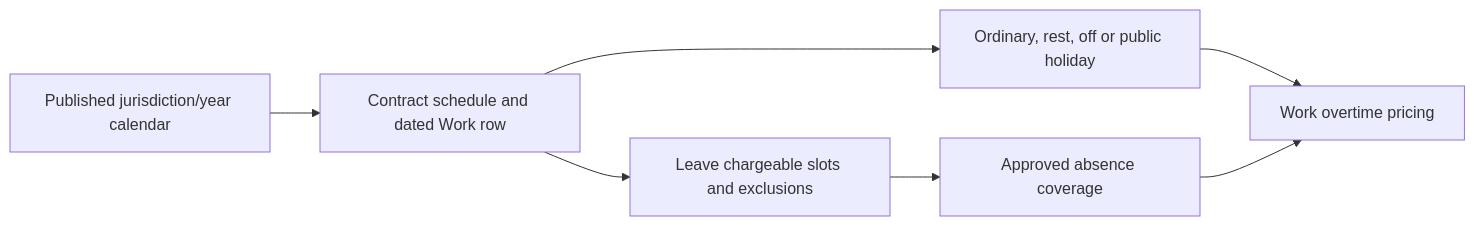
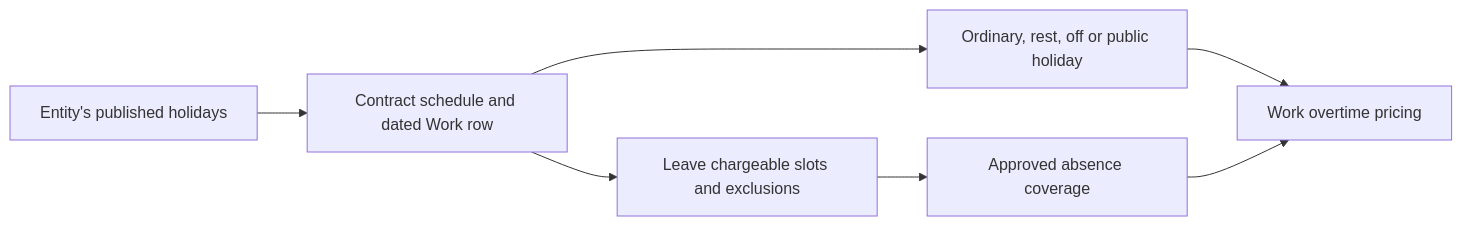
One commit to norbital-ai/templates changed the diagram in hr-payroll/docs/scheduling-leave-proposal.md. Above: the diagram before and after it, drawn with Mermaid. The commit also changed other lines of this file and 22 other files, not shown here.

````diff
--- a/hr-payroll/docs/scheduling-leave-proposal.md
+++ b/hr-payroll/docs/scheduling-leave-proposal.md
@@ -67,9 +68,9 @@
 ```mermaid
 flowchart LR
-    Calendar[Published jurisdiction/year calendar] --> Schedule[Contract schedule and dated Work row]
+    Calendar[Entity's published holidays] --> Schedule[Contract schedule and dated Work row]
     Schedule --> Charges[Leave chargeable slots and exclusions]
     Schedule --> Classification[Ordinary, rest, off or public holiday]
     Classification --> OT[Work overtime pricing]
     Charges --> Coverage[Approved absence coverage]
     Coverage --> OT
 ```
````
